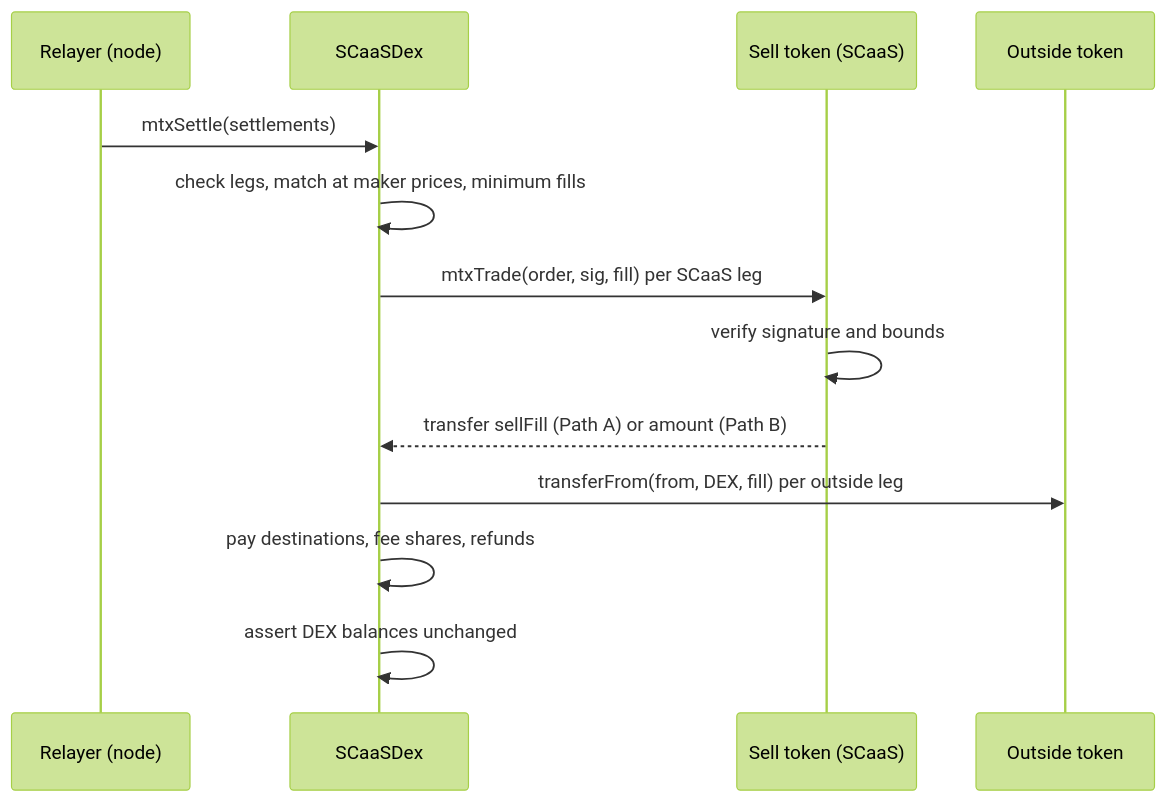
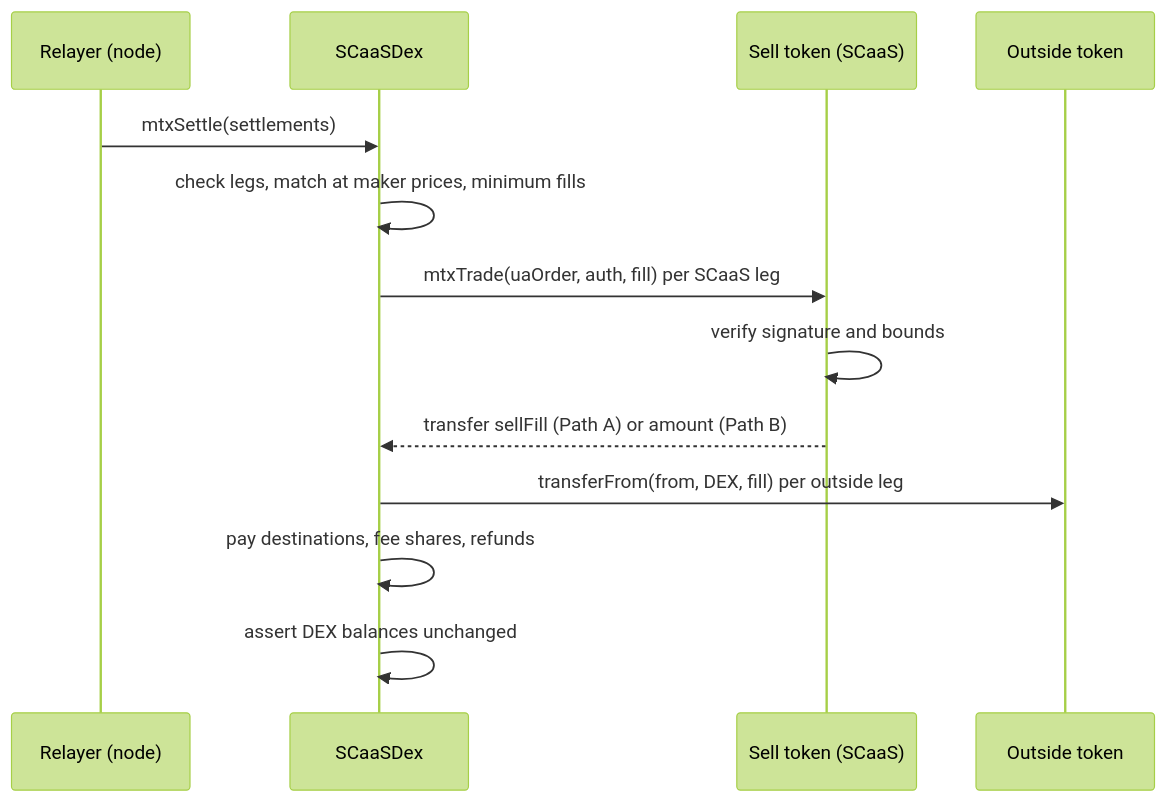
The first of 2 diagrams in docs/contracts/dex.md (dinhduongha/scaas), drawn with Mermaid (forest theme) before and after one commit. The commit also changed other lines of this file, not shown here.

First line of the commit message:
ua-mtx-merge T19: dex CTR-DEX-13 / -15 / -26 shape 0 in the merged forms

````diff
--- a/docs/contracts/dex.md
+++ b/docs/contracts/dex.md
@@ -63,15 +65,15 @@
 ```mermaid
 sequenceDiagram
     participant R as Relayer (node)
     participant D as SCaaSDex
     participant T as Sell token (SCaaS)
     participant O as Outside token
     R->>D: mtxSettle(settlements)
     D->>D: check legs, match at maker prices, minimum fills
-    D->>T: mtxTrade(order, sig, fill) per SCaaS leg
+    D->>T: mtxTrade(uaOrder, auth, fill) per SCaaS leg
     T->>T: verify signature and bounds
     T-->>D: transfer sellFill (Path A) or amount (Path B)
     D->>O: transferFrom(from, DEX, fill) per outside leg
     D->>D: pay destinations, fee shares, refunds
     D->>D: assert DEX balances unchanged
 ```
````
